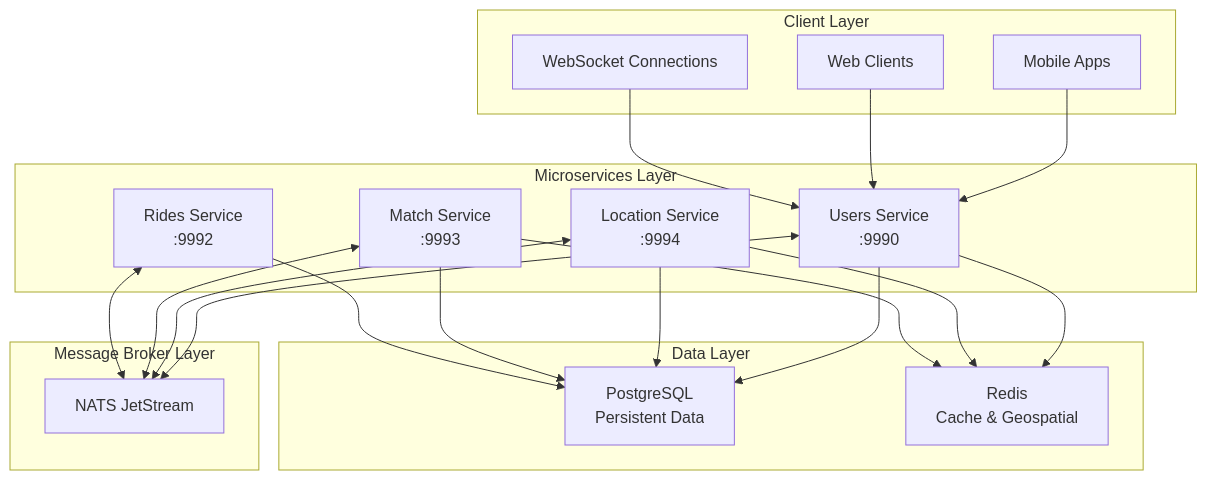
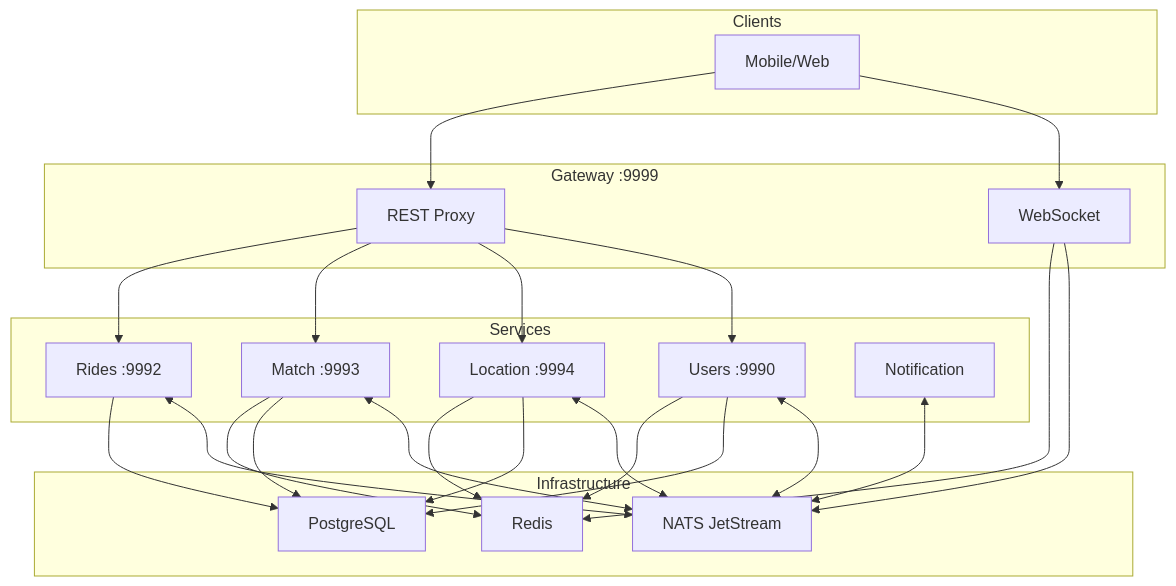
The diagram in README.md (piresc/nebengjek), drawn with Mermaid before and after one commit. The commit also changed other lines of this file and 24 other files, not shown here.

````diff
--- a/README.md
+++ b/README.md
@@ -42,42 +8,33 @@
 ```mermaid
 graph TB
-    subgraph "Client Layer"
-        A[Mobile Apps]
-        B[Web Clients]
-        C[WebSocket Connections]
+    subgraph "Clients"
+        C[Mobile/Web]
     end
-    
-    subgraph "Microservices Layer"
-        D[Users Service<br/>:9990]
-        E[Location Service<br/>:9994]
-        F[Match Service<br/>:9993]
-        G[Rides Service<br/>:9992]
+
+    subgraph "Gateway :9999"
+        WS[WebSocket]
+        REST[REST Proxy]
     end
-    
-    subgraph "Message Broker Layer"
-        H[NATS JetStream]
+
+    subgraph "Services"
+        US[Users :9990]
+        LS[Location :9994]
+        MS[Match :9993]
+        RS[Rides :9992]
+        NS[Notification]
     end
-    
-    subgraph "Data Layer"
-        I[PostgreSQL<br/>Persistent Data]
-        J[Redis<br/>Cache & Geospatial]
+
+    subgraph "Infrastructure"
+        NATS[NATS JetStream]
+        PG[PostgreSQL]
+        RD[Redis]
     end
-    
-    A --> D
-    B --> D
-    C --> D
-    
-    D <--> H
-    E <--> H
-    F <--> H
-    G <--> H
-    
-    D --> I
-    E --> I
-    F --> I
-    G --> I
-    
-    D --> J
-    E --> J
-    F --> J
+
+    C --> WS & REST
+    REST --> US & LS & MS & RS
+    WS --> NATS
+    US & LS & MS & RS & NS <--> NATS
+    US & LS & MS & RS --> PG
+    US & LS & MS --> RD
+    WS --> RD
 ```
````
